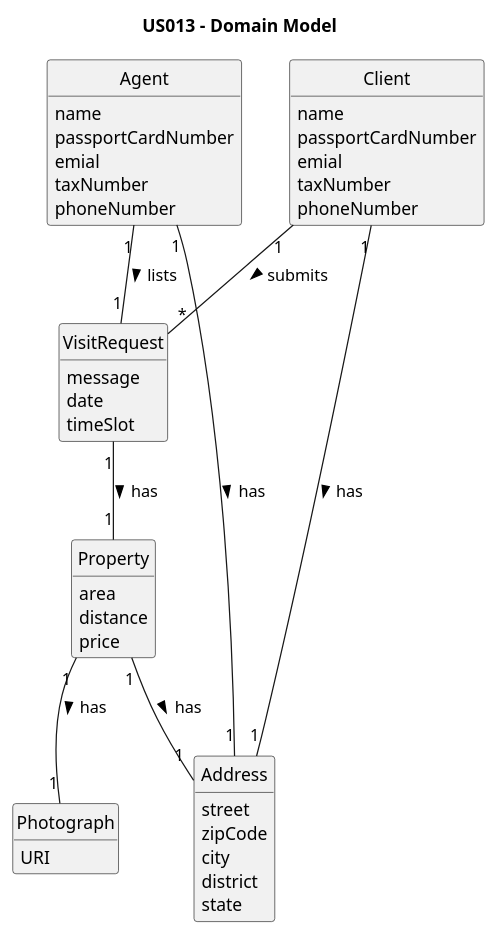
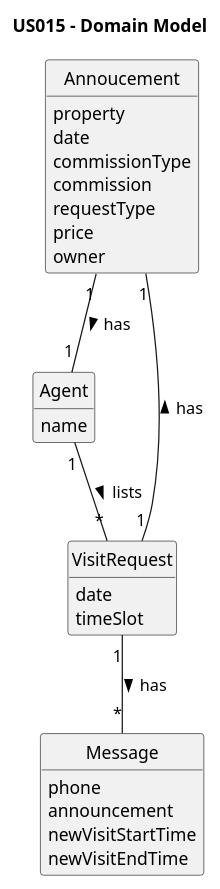
The diagram in docs/sprintD/us015/02.analysis/puml/us015-domain-model.puml (1220812/LAPR2), drawn with PlantUML before and after one commit. The commit also changed 9 other files, not shown here.

```diff
--- a/docs/sprintD/us015/02.analysis/puml/us015-domain-model.puml
+++ b/docs/sprintD/us015/02.analysis/puml/us015-domain-model.puml
@@ -1,67 +1,67 @@
 @startuml
 skinparam monochrome true
 skinparam packageStyle rectangle
 skinparam shadowing false
 
 'left to right direction
 
 hide circle
 hide methods
 
-title US013 - Domain Model
+title US015 - Domain Model
 
-class Client{
-name
-passportCardNumber
-emial
-taxNumber
-phoneNumber
-}
 
 class Agent{
 name
-passportCardNumber
-emial
-taxNumber
-phoneNumber
 }
 
 class VisitRequest{
-message
 date
 timeSlot
 }
 
-class Property{
-area
-distance
-price
+class Message{
+ phone
+ announcement
+ newVisitStartTime
+ newVisitEndTime
 }
 
-class Photograph{
-URI
+class Annoucement{
+property
+date
+commissionType
+commission
+requestType
+price
+owner
 }
 
-class Address{
-street
-zipCode
-city
-district
-state
-}
+'class Client{
+'name
+'phoneNumber
+'emailAddress
+'address
+'taxNumber
+'passportCardNumber
+'}
 
 
-Client "1" -- "*" VisitRequest : submits >
-Client "1" -- "1" Address : has >
-Agent "1" -- "1" VisitRequest : lists >
-Agent "1" -- "1" Address : has >
-VisitRequest "1" -- "1" Property : has >
-Property "1" -- "1" Photograph : has >
-Property "1" -- "1" Address : has >
+
+
+
+Agent "1" -- "*" VisitRequest : lists >
+VisitRequest "1"--"*" Message : has >
+
+Annoucement "1"--"1" Agent : has >
+Annoucement "1"--"1" VisitRequest : has <
+
+
+
 
 
 
 
 
 
 @enduml
```
